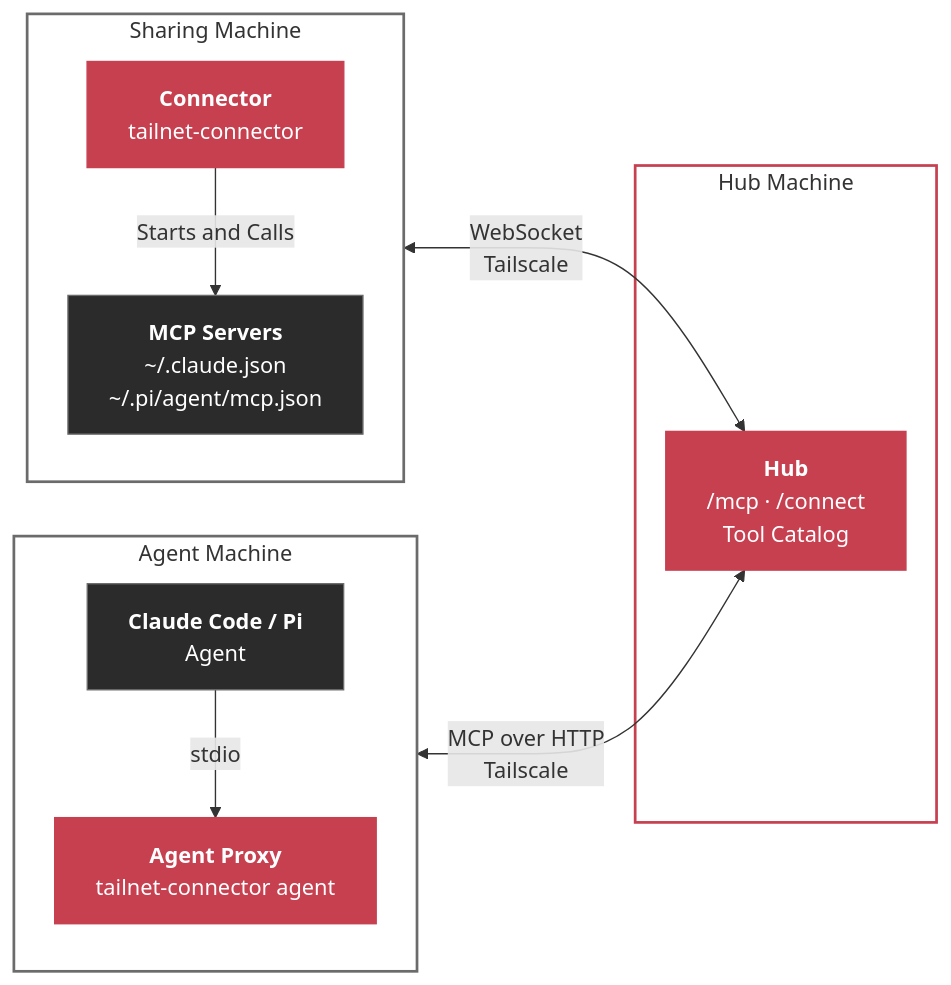
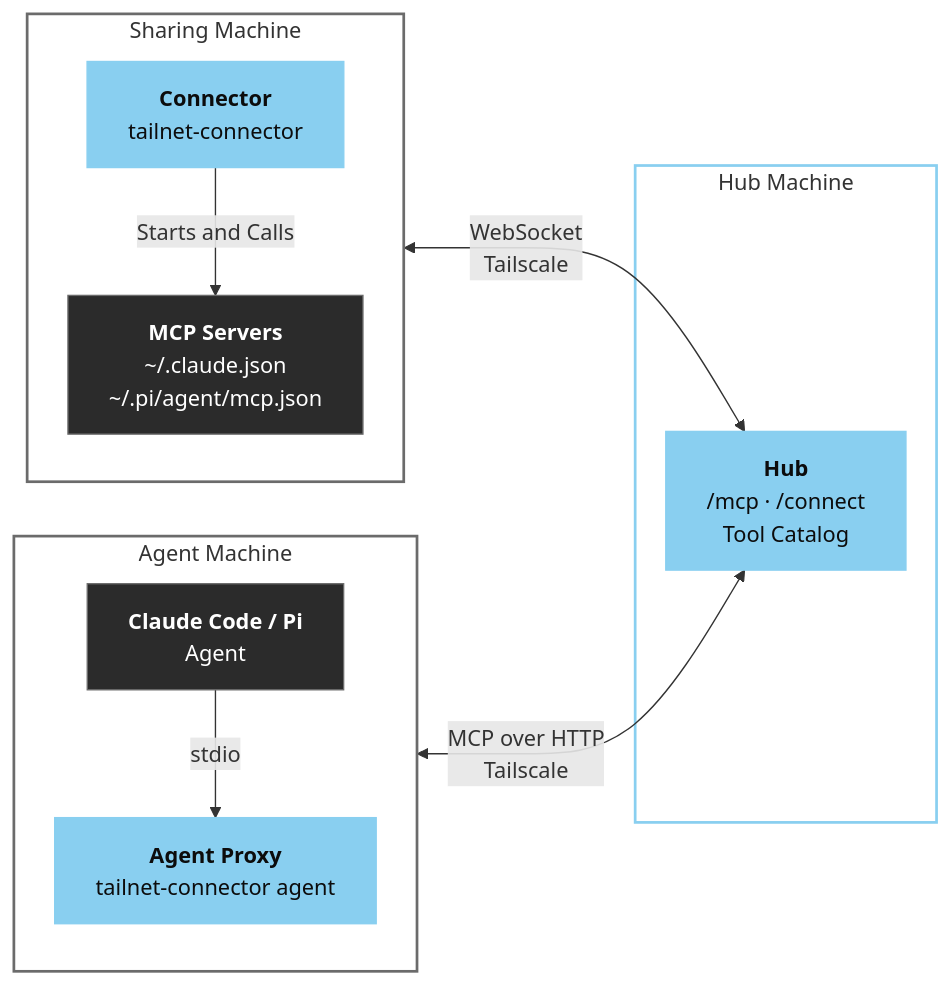
Before and after one commit to marioparaschiv/tailnet-connector: the diagram in README.md, drawn with Mermaid. The commit also changed other lines of this file, not shown here.

````diff
--- a/README.md
+++ b/README.md
@@ -229,32 +229,32 @@
 ```mermaid
 %%{init: {"flowchart": {"nodeSpacing": 40, "rankSpacing": 45}}}%%
 flowchart LR
     subgraph AgentMachine["Agent Machine"]
         direction TB
         Agent["<b>Claude Code / Pi</b><br/>Agent"]
         Proxy["<b>Agent Proxy</b><br/>tailnet-connector agent"]
         Agent -->|stdio| Proxy
     end
 
     subgraph HubMachine["Hub Machine"]
         Hub["<b>Hub</b><br/>/mcp · /connect<br/>Tool Catalog"]
     end
 
     subgraph SharingMachine["Sharing Machine"]
         direction TB
         Connector["<b>Connector</b><br/>tailnet-connector"]
         Servers["<b>MCP Servers</b><br/>~/.claude.json<br/>~/.pi/agent/mcp.json"]
         Connector -->|Starts and Calls| Servers
     end
 
     Proxy <-->|"MCP over HTTP<br/>Tailscale"| Hub
     Connector <-->|"WebSocket<br/>Tailscale"| Hub
 
-    classDef core fill:#c74050,stroke:#c74050,color:#ffffff
+    classDef core fill:#89cff0,stroke:#89cff0,color:#0c0c0c
     classDef local fill:#2b2b2b,stroke:#6b6b6b,color:#ffffff
     class Hub,Proxy,Connector core
     class Agent,Servers local
     style AgentMachine fill:transparent,stroke:#6b6b6b,stroke-width:2px
-    style HubMachine fill:transparent,stroke:#c74050,stroke-width:2px
+    style HubMachine fill:transparent,stroke:#89cff0,stroke-width:2px
     style SharingMachine fill:transparent,stroke:#6b6b6b,stroke-width:2px
 ```
````
